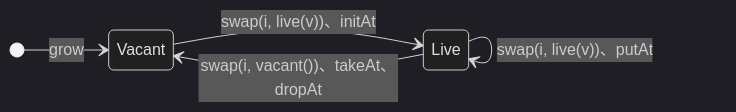
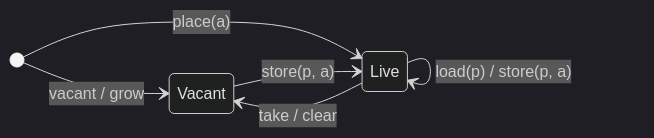
Before and after one commit to cwd-k2/mal: the diagram in docs/proposals/pool/model/responsibility.md, drawn with Mermaid (dark theme). The commit also changed other lines of this file and 15 other files, not shown here.

````diff
--- a/docs/proposals/pool/model/responsibility.md
+++ b/docs/proposals/pool/model/responsibility.md
@@ -10,9 +14,9 @@
 ```mermaid
 stateDiagram-v2
   direction LR
-  [*] --> Vacant : grow
-  Vacant --> Live : swap(i, live(v))、initAt
-  Live --> Vacant : swap(i, vacant())、takeAt、dropAt
-  Live --> Live : peek、getAt
-  Live --> Live : swap(i, live(v))、putAt
+  [*] --> Vacant : vacant / grow
+  [*] --> Live : place(a)
+  Vacant --> Live : store(p, a)
+  Live --> Live : load(p) / store(p, a)
+  Live --> Vacant : take / clear
 ```
````
